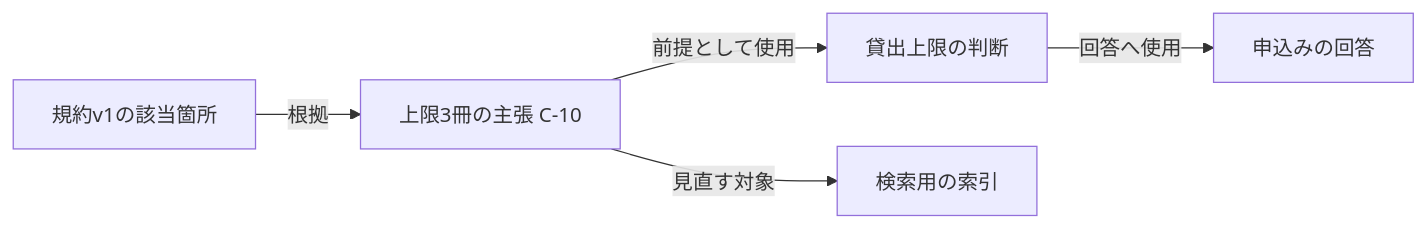
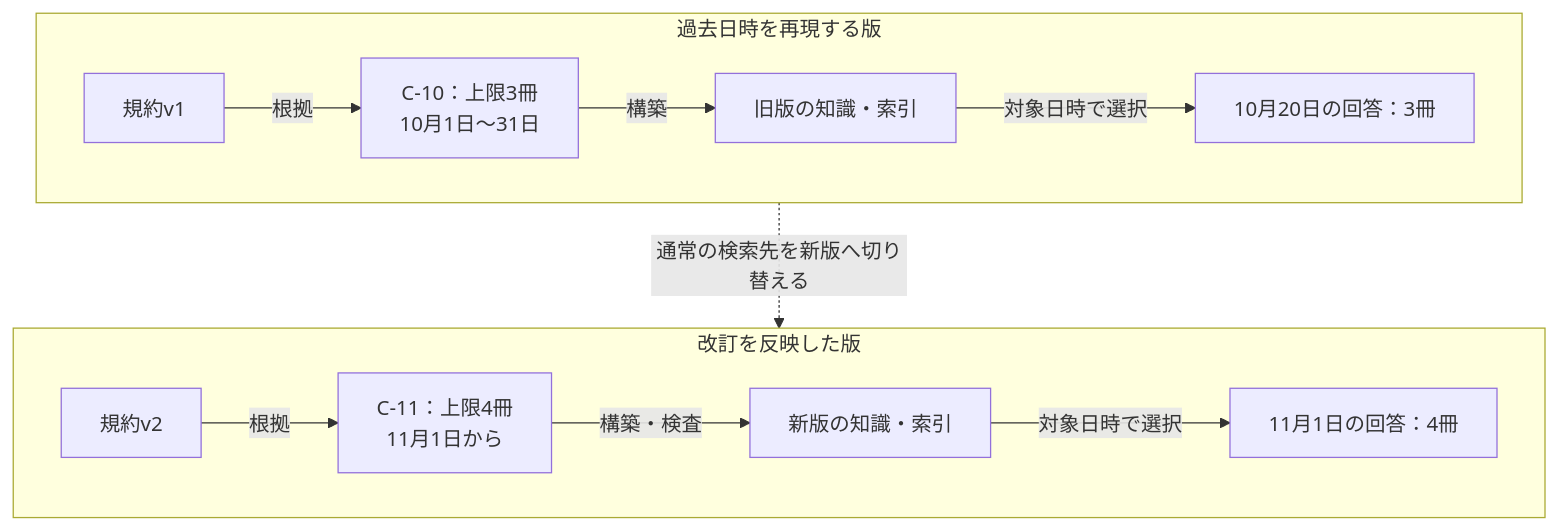
One commit to d-tsu/learn-knowledge-graph changed the diagram in docs/chapters/08-quality-and-lifecycle.md. Above: the diagram before and after it, drawn with Mermaid. The commit also changed other lines of this file and 50 other files, not shown here.

````diff
--- a/docs/chapters/08-quality-and-lifecycle.md
+++ b/docs/chapters/08-quality-and-lifecycle.md
@@ -58,7 +58,16 @@
 ```mermaid
-flowchart LR
-  S[規約v1の該当箇所] -->|根拠| C[上限3冊の主張 C-10]
-  C -->|前提として使用| D[貸出上限の判断]
-  D -->|回答へ使用| A[申込みの回答]
-  C -->|見直す対象| I[検索用の索引]
+flowchart TB
+  subgraph OLD[過去日時を再現する版]
+    direction LR
+    S1[規約v1] -->|根拠| C1["C-10：上限3冊<br/>10月1日〜31日"]
+    C1 -->|構築| P1[旧版の知識・索引]
+    P1 -->|対象日時で選択| A1[10月20日の回答：3冊]
+  end
+  subgraph NEW[改訂を反映した版]
+    direction LR
+    S2[規約v2] -->|根拠| C2["C-11：上限4冊<br/>11月1日から"]
+    C2 -->|構築・検査| P2[新版の知識・索引]
+    P2 -->|対象日時で選択| A2[11月1日の回答：4冊]
+  end
+  OLD -.->|通常の検索先を新版へ切り替える| NEW
 ```
````
